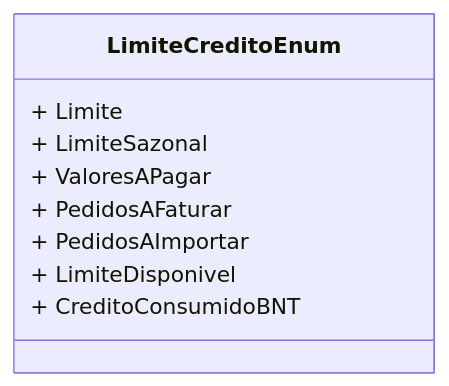
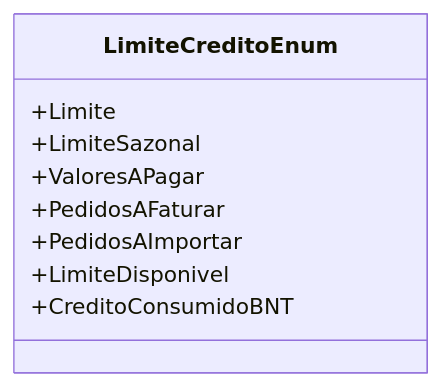
One commit to IsthmusSistemas/documentacao-tecnica changed the diagram in docs/b2b-dominio/IsthmusWinthor.Nucleo/IsthmusWinthor.Dominio/Enumeradores/LimiteCreditoEnum.md. Above: the diagram before and after it, drawn with Mermaid. The commit also changed other lines of this file and 882 other files, not shown here.

````diff
--- a/docs/b2b-dominio/IsthmusWinthor.Nucleo/IsthmusWinthor.Dominio/Enumeradores/LimiteCreditoEnum.md
+++ b/docs/b2b-dominio/IsthmusWinthor.Nucleo/IsthmusWinthor.Dominio/Enumeradores/LimiteCreditoEnum.md
@@ -13,12 +11,12 @@
 ```mermaid
 classDiagram
     class LimiteCreditoEnum {
-        + Limite
-        + LimiteSazonal
-        + ValoresAPagar
-        + PedidosAFaturar
-        + PedidosAImportar
-        + LimiteDisponivel
-        + CreditoConsumidoBNT
+        +Limite
+        +LimiteSazonal
+        +ValoresAPagar
+        +PedidosAFaturar
+        +PedidosAImportar
+        +LimiteDisponivel
+        +CreditoConsumidoBNT
     }
 ```
````
